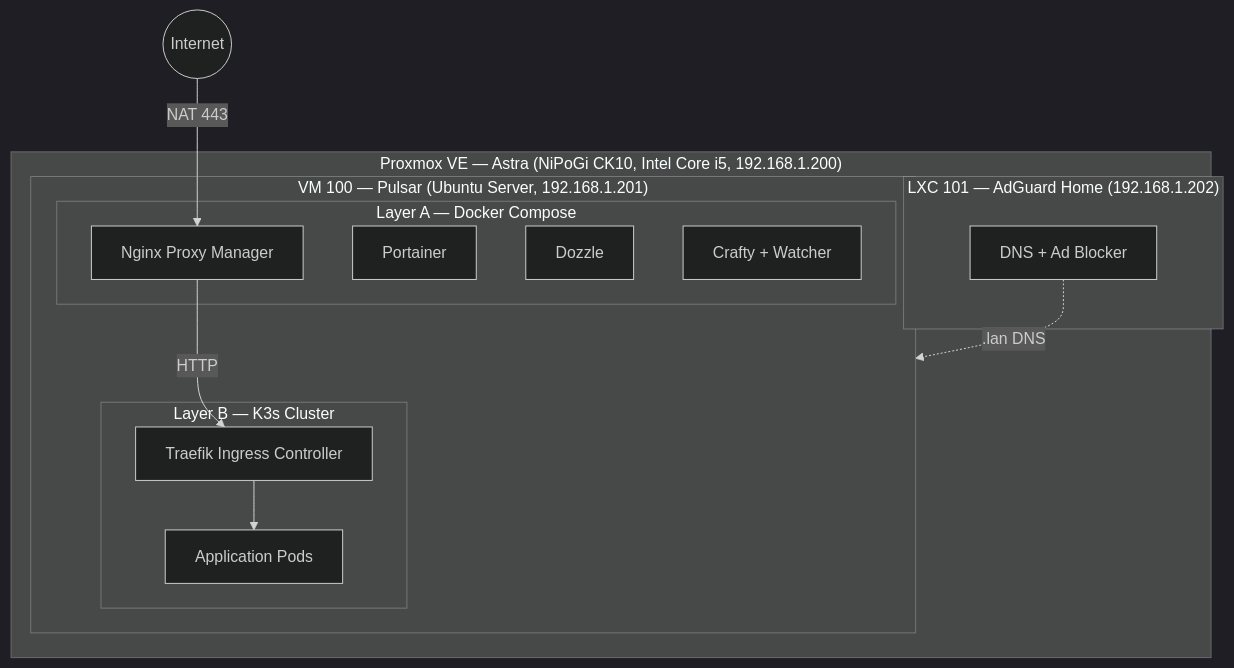
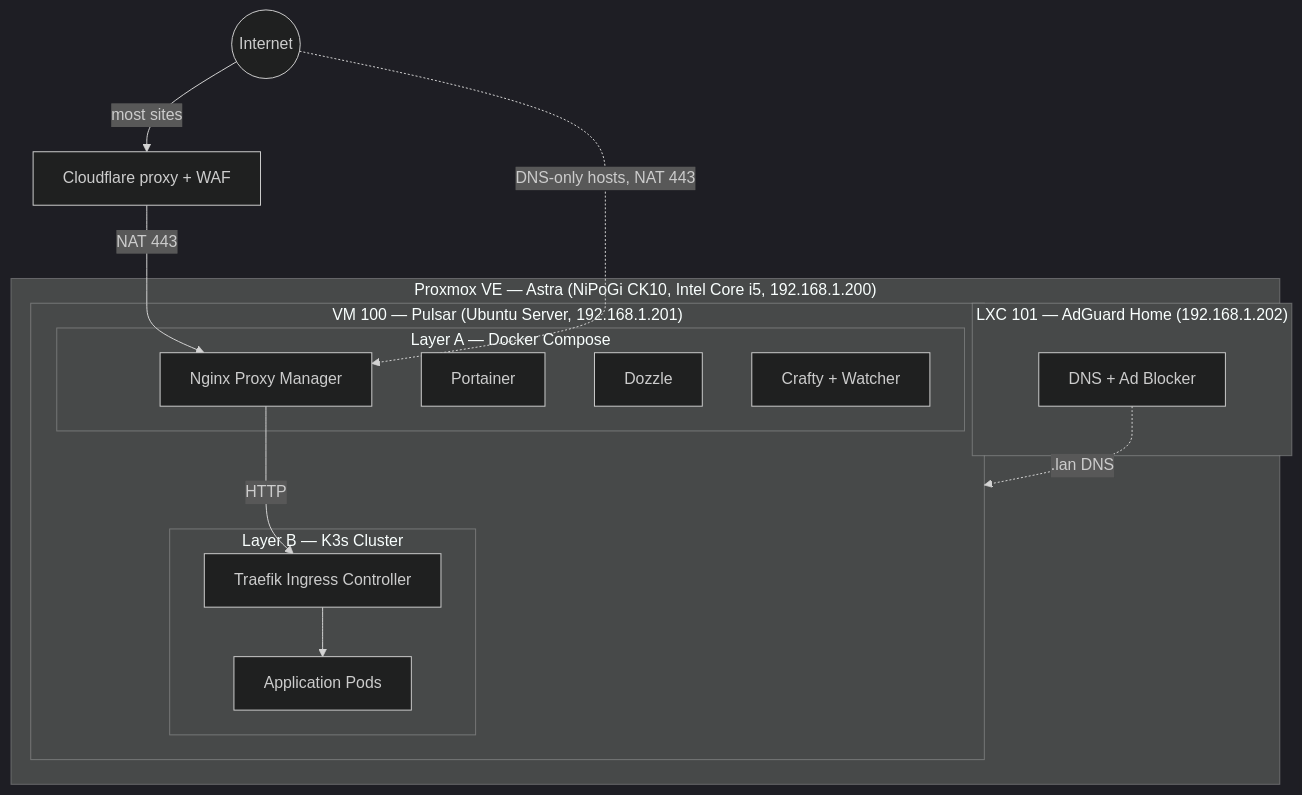
One commit to Enoal-Fauchille-Bolle/Astra-ops changed the first of 2 diagrams in README.md. Above: the diagram before and after it, drawn with Mermaid (dark theme). The commit also changed other lines of this file, not shown here.

Commit message:
📝 [Docs] Show Cloudflare in the README diagrams

````diff
--- a/README.md
+++ b/README.md
@@ -64,25 +64,27 @@
 ```mermaid
 graph TB
     subgraph PROXMOX["Proxmox VE — Astra (NiPoGi CK10, Intel Core i5, 192.168.1.200)"]
         subgraph LXC101["LXC 101 — AdGuard Home (192.168.1.202)"]
             AGH[DNS + Ad Blocker]
         end
         subgraph VM100["VM 100 — Pulsar (Ubuntu Server, 192.168.1.201)"]
             subgraph DOCKER["Layer A — Docker Compose"]
                 NPM[Nginx Proxy Manager]
                 PORTAINER[Portainer]
                 DOZZLE[Dozzle]
                 CRAFTY[Crafty + Watcher]
             end
             subgraph K3S["Layer B — K3s Cluster"]
                 TRAEFIK[Traefik Ingress Controller]
                 PODS[Application Pods]
             end
         end
     end
 
-    INTERNET((Internet)) -->|NAT 443| NPM
+    INTERNET((Internet)) -->|most sites| CF[Cloudflare proxy + WAF]
+    CF -->|NAT 443| NPM
+    INTERNET -.->|DNS-only hosts, NAT 443| NPM
     NPM -->|HTTP| TRAEFIK
     TRAEFIK --> PODS
     AGH -.->|".lan" DNS| VM100
 ```
````
